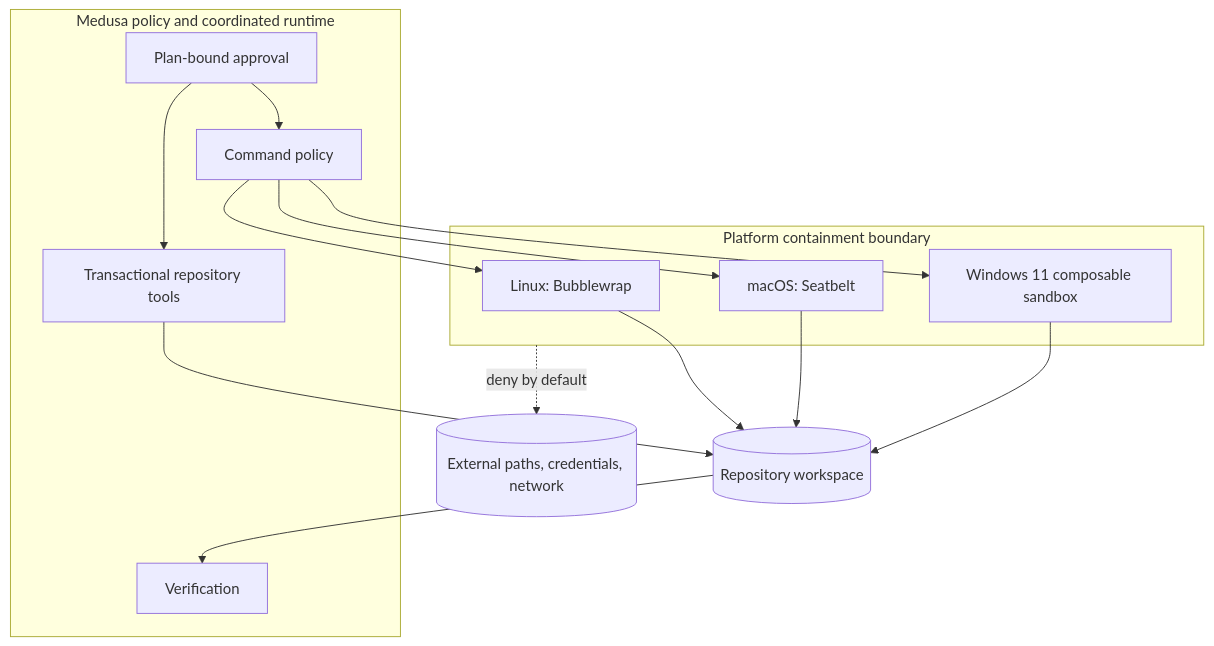
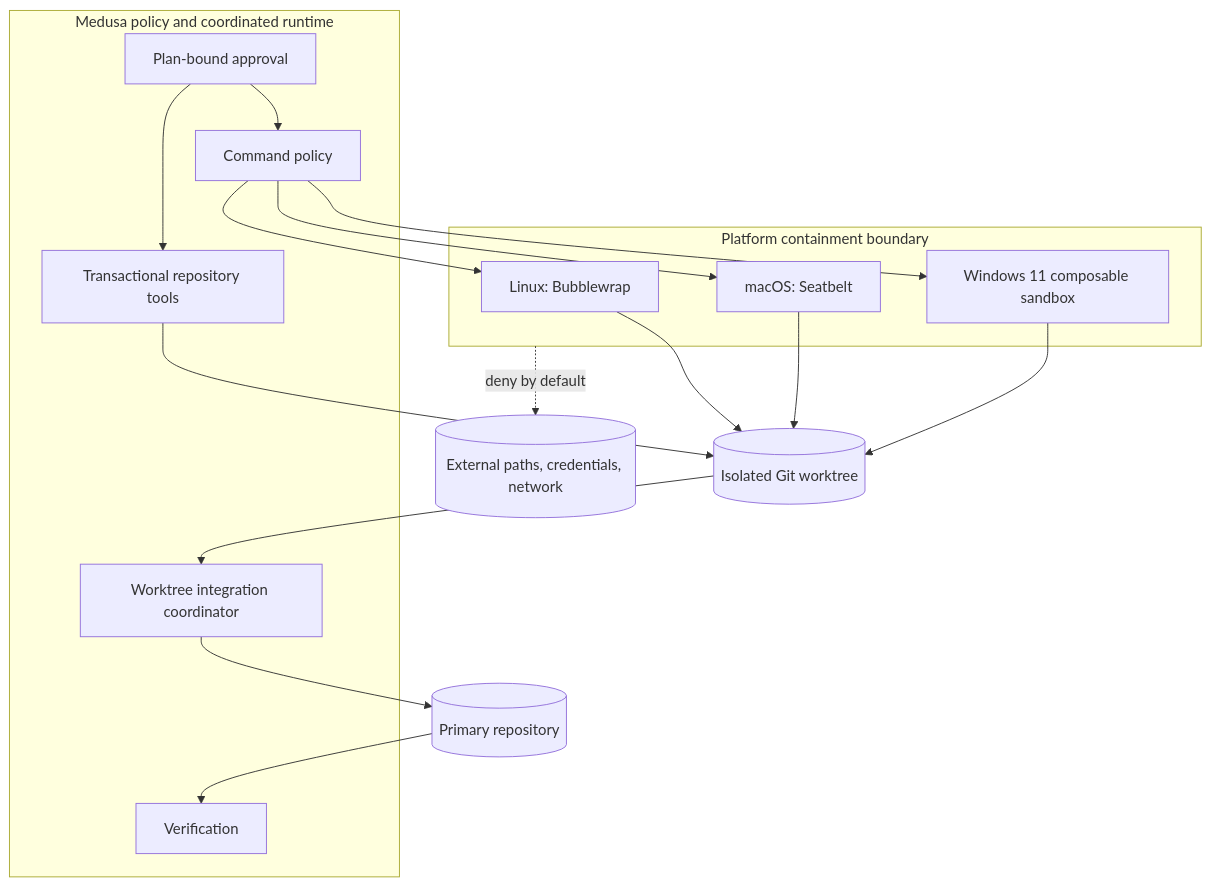
One commit to benclawbot/Medusa changed the second of 5 diagrams in docs/ARCHITECTURE.md. Above: the diagram before and after it, drawn with Mermaid. The commit also changed other lines of this file and 23 other files, not shown here.

````diff
--- a/docs/ARCHITECTURE.md
+++ b/docs/ARCHITECTURE.md
@@ -42,27 +43,31 @@
 ```mermaid
 flowchart TB
     subgraph Trusted[Medusa policy and coordinated runtime]
       A[Plan-bound approval]
       T[Transactional repository tools]
       C[Command policy]
+      O[Worktree integration coordinator]
       V[Verification]
     end
     subgraph Boundary[Platform containment boundary]
       L[Linux: Bubblewrap]
       M[macOS: Seatbelt]
       W[Windows 11 composable sandbox]
     end
-    Repo[(Repository workspace)]
+    Repo[(Primary repository)]
+    WT[(Isolated Git worktree)]
     External[(External paths, credentials, network)]
     A --> T
     A --> C
-    T --> Repo
+    T --> WT
     C --> L
     C --> M
     C --> W
-    L --> Repo
-    M --> Repo
-    W --> Repo
+    L --> WT
+    M --> WT
+    W --> WT
+    WT --> O
+    O --> Repo
     Boundary -. deny by default .-> External
     Repo --> V
 ```
````
